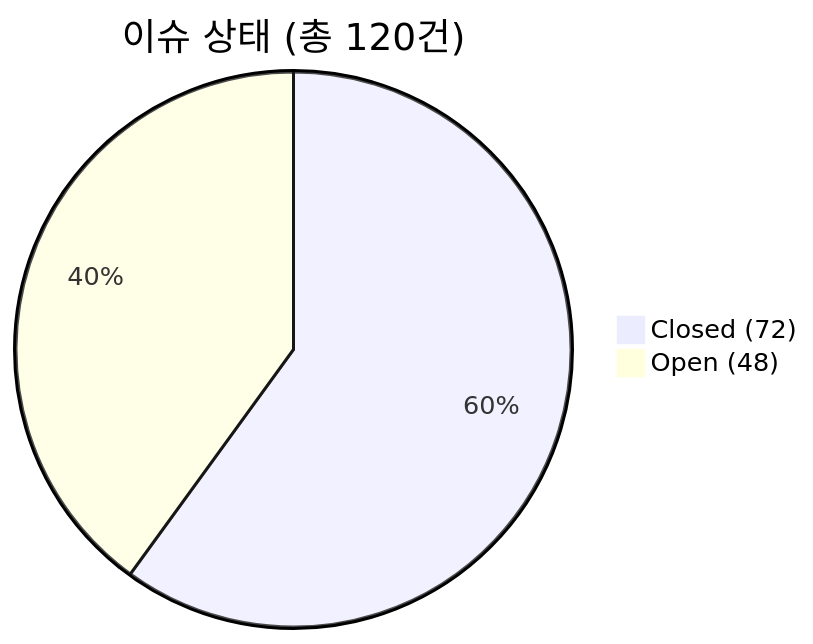
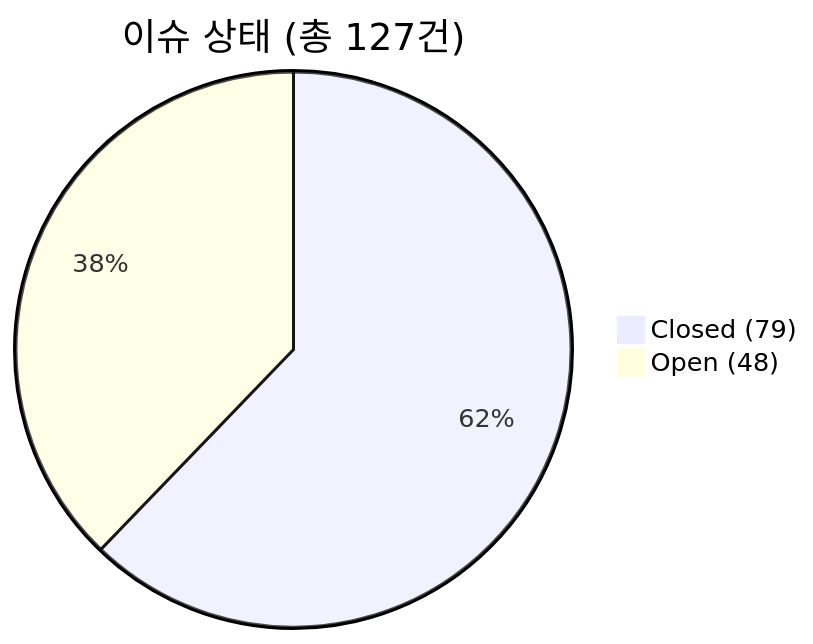
One commit to holee9/MD-process changed the first of 4 diagrams in README.md. Above: the diagram before and after it, drawn with Mermaid. The commit also changed other lines of this file and 1 other file, not shown here.

````diff
--- a/README.md
+++ b/README.md
@@ -124,5 +124,5 @@
 ```mermaid
-pie title 이슈 상태 (총 120건)
-    "Closed (72)" : 72
+pie title 이슈 상태 (총 127건)
+    "Closed (79)" : 79
     "Open (48)" : 48
 ```
````
